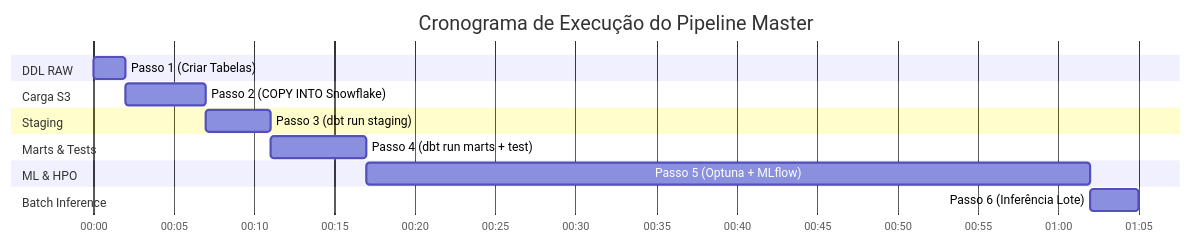
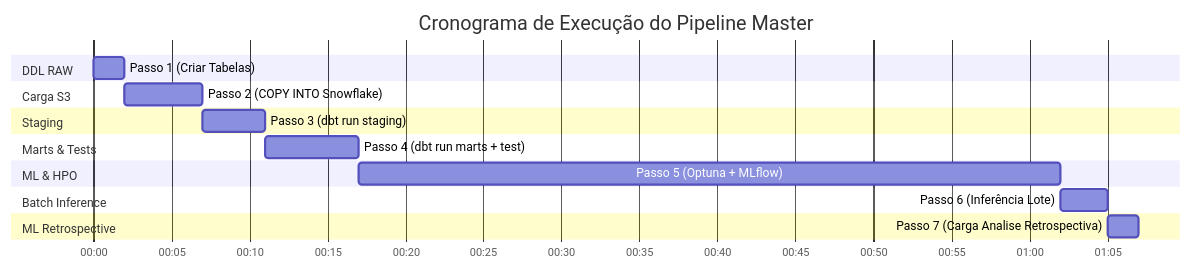
The second of 2 diagrams in RELATORIO_TECNICO_PROJETO_MUNKA.md (ivaniojr/dbt-snowflake-airflow-main), drawn with Mermaid before and after one commit. The commit also changed other lines of this file and 28 other files, not shown here.

````diff
--- a/RELATORIO_TECNICO_PROJETO_MUNKA.md
+++ b/RELATORIO_TECNICO_PROJETO_MUNKA.md
@@ -159,19 +159,21 @@
 ```mermaid
 gantt
     title Cronograma de Execução do Pipeline Master
     dateFormat  HH:mm
     axisFormat %H:%M
 
     section DDL RAW
     Passo 1 (Criar Tabelas)     :p1, 00:00, 2m
     section Carga S3
     Passo 2 (COPY INTO Snowflake):p2, after p1, 5m
     section Staging
     Passo 3 (dbt run staging)   :p3, after p2, 4m
     section Marts & Tests
     Passo 4 (dbt run marts + test):p4, after p3, 6m
     section ML & HPO
     Passo 5 (Optuna + MLflow)   :p5, after p4, 45m
     section Batch Inference
     Passo 6 (Inferência Lote)   :p6, after p5, 3m
+    section ML Retrospective
+    Passo 7 (Carga Analise Retrospectiva):p7, after p6, 2m
 ```
````
